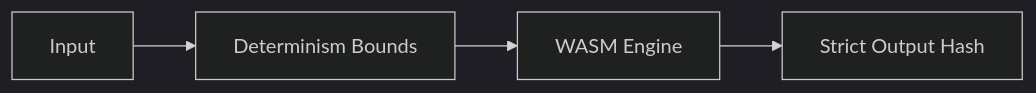
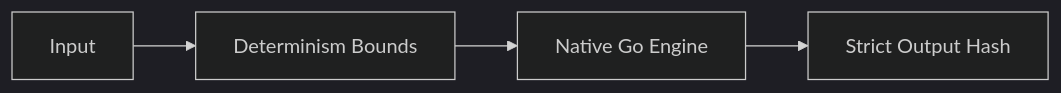
One commit to Nodlshire/nodl changed the diagram in docs/backend/determinism.md. Above: the diagram before and after it, drawn with Mermaid (dark theme). The commit also changed other lines of this file and 2614 other files, not shown here.

Commit message:
feat: complete DeWi foundation integration, docs sweep with canon neon diagrams, and responsive dashboard updates

````diff
--- a/docs/backend/determinism.md
+++ b/docs/backend/determinism.md
@@ -52,6 +63,6 @@
 ```mermaid
 graph LR
     A[Input] --> B[Determinism Bounds]
-    B --> C[WASM Engine]
+    B --> C[Native Go Engine]
     C --> D[Strict Output Hash]
 ```
````
